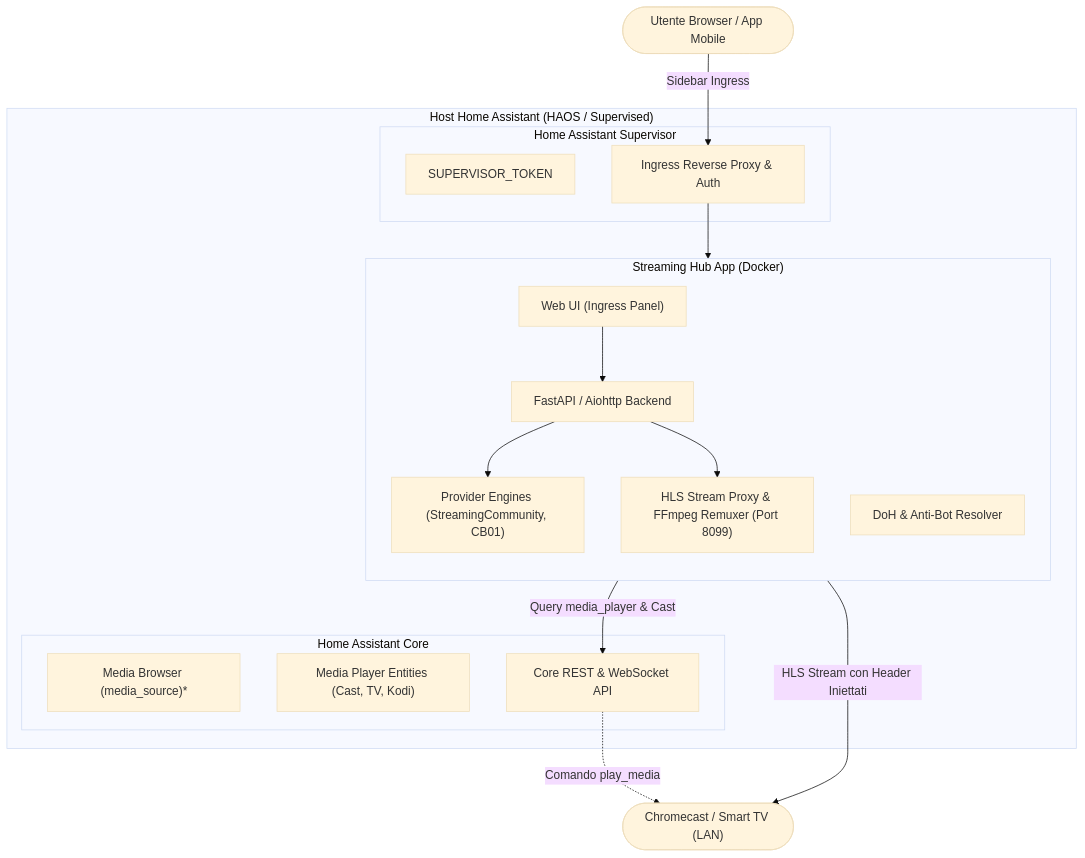
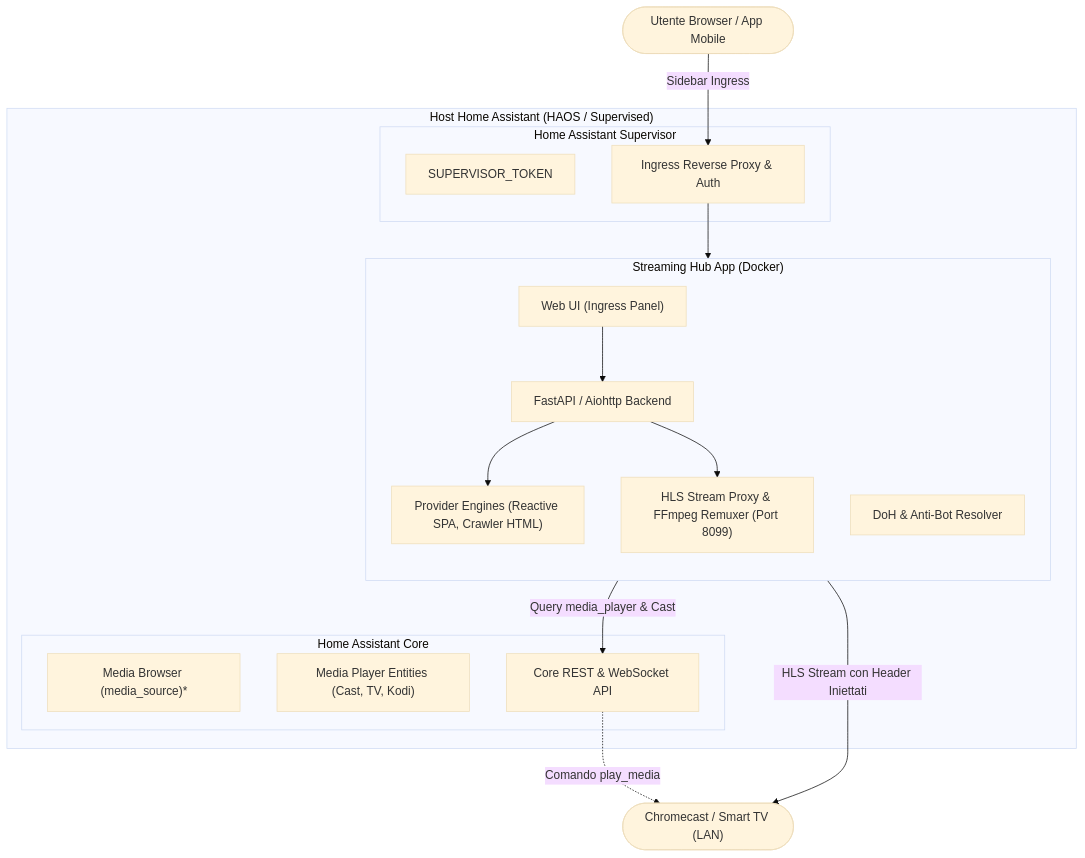
The diagram in docs/IMPLEMENTATION_PLAN.md (JMaroz/ha-streaming-hub), drawn with Mermaid (base theme) before and after one commit. The commit also changed other lines of this file and 28 other files, not shown here.

First line of the commit message:
refactor(core): decouple site branding into generic reactive and crawler engines

````diff
--- a/docs/IMPLEMENTATION_PLAN.md
+++ b/docs/IMPLEMENTATION_PLAN.md
@@ -51,32 +51,32 @@
 ```mermaid
 flowchart TD
     subgraph Host["Host Home Assistant (HAOS / Supervised)"]
         subgraph HA_Core["Home Assistant Core"]
             MS["Media Browser (media_source)*"]
             MP["Media Player Entities (Cast, TV, Kodi)"]
             API["Core REST & WebSocket API"]
         end
 
         subgraph Supervisor["Home Assistant Supervisor"]
             ST["SUPERVISOR_TOKEN"]
             ING["Ingress Reverse Proxy & Auth"]
         end
 
         subgraph App_Container["Streaming Hub App (Docker)"]
             direction TB
             UI["Web UI (Ingress Panel)"]
             BE["FastAPI / Aiohttp Backend"]
-            Scraper["Provider Engines (StreamingCommunity, CB01)"]
+            Scraper["Provider Engines (Reactive SPA, Crawler HTML)"]
             Proxy["HLS Stream Proxy & FFmpeg Remuxer (Port 8099)"]
             Resolver["DoH & Anti-Bot Resolver"]
         end
     end
 
     User(["Utente Browser / App Mobile"]) -->|Sidebar Ingress| ING --> UI
     UI --> BE
     BE --> Scraper
     BE --> Proxy
     BE -->|Query media_player & Cast| API
     Proxy -->|HLS Stream con Header Iniettati| CastDevice(["Chromecast / Smart TV (LAN)"])
     API -.->|Comando play_media| CastDevice
 ```
````
